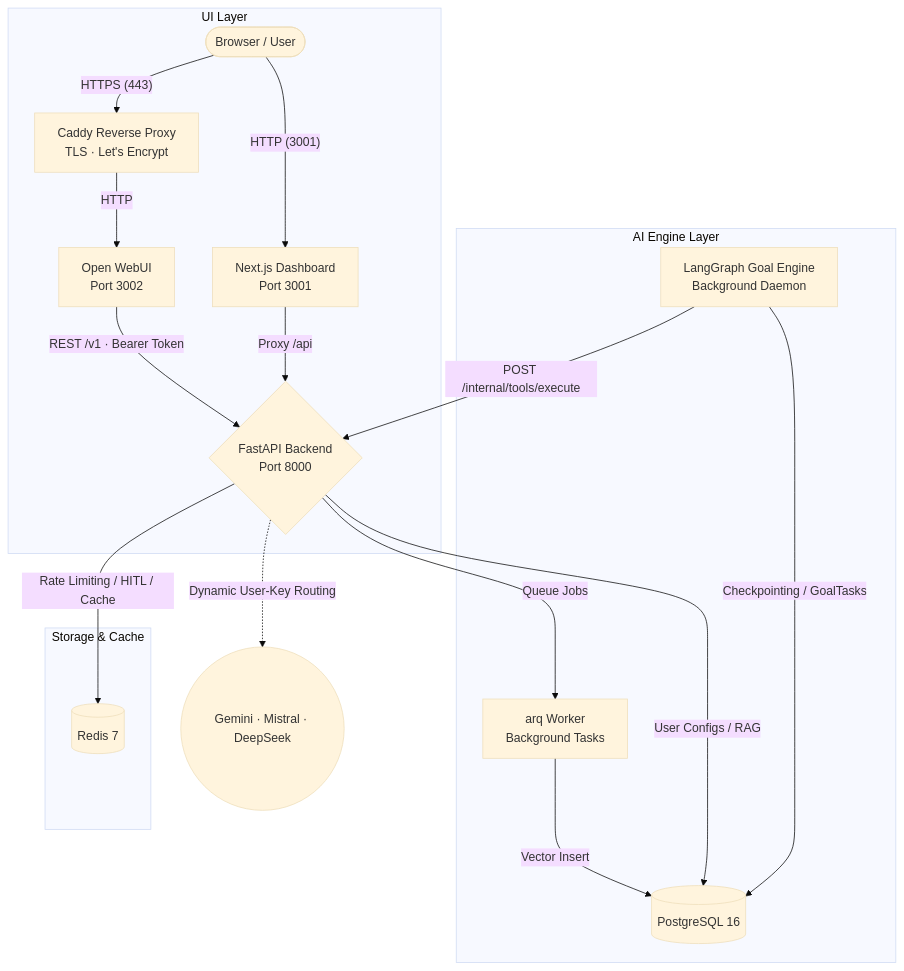
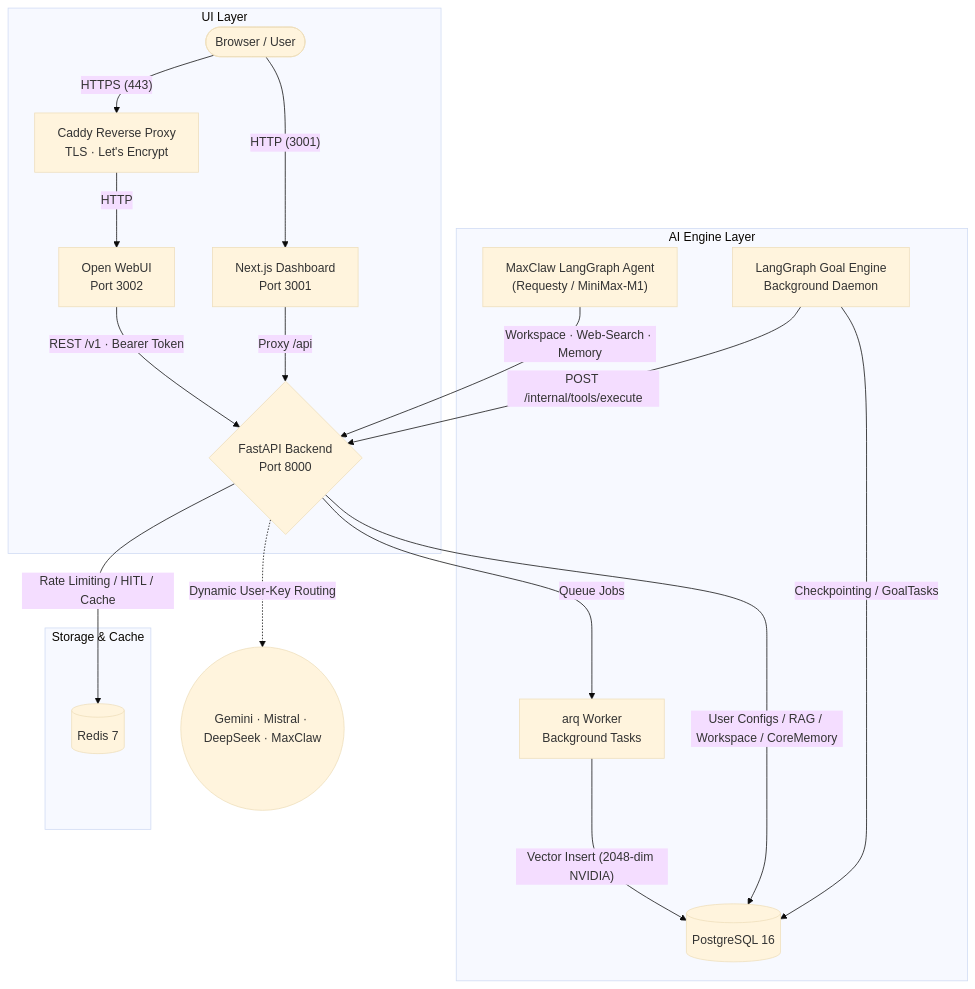
The diagram in README.md (Infinizius/Aiworkhorse), drawn with Mermaid (base theme) before and after one commit. The commit also changed other lines of this file and 1 other file, not shown here.

First line of the commit message:
docs: update README and ROADMAP to reflect Phase-3/4, NVIDIA embeddings, ~80 tests, DuckDuckGo fallback status

````diff
--- a/README.md
+++ b/README.md
@@ -49,25 +51,26 @@
 ```mermaid
 flowchart TD
     User([Browser / User]) -- "HTTPS (443)" --> Caddy["Caddy Reverse Proxy<br/>TLS · Let's Encrypt"]
 
     subgraph Frontend ["UI Layer"]
         Caddy -- "HTTP" --> WebUI["Open WebUI<br/>Port 3002"]
         User -- "HTTP (3001)" --> Dashboard["Next.js Dashboard<br/>Port 3001"]
         Dashboard -- "Proxy /api" --> API
     end
 
     subgraph Backend ["AI Engine Layer"]
         WebUI -- "REST /v1 · Bearer Token" --> API{"FastAPI Backend<br/>Port 8000"}
         API -- "Queue Jobs" --> Worker["arq Worker<br/>Background Tasks"]
         GoalEngine["LangGraph Goal Engine<br/>Background Daemon"] -- "POST /internal/tools/execute" --> API
         GoalEngine -- "Checkpointing / GoalTasks" --> Postgres
+        MaxClaw["MaxClaw LangGraph Agent<br/>(Requesty / MiniMax-M1)"] -- "Workspace · Web-Search · Memory" --> API
     end
 
     subgraph Data ["Storage & Cache"]
         API -- "Rate Limiting / HITL / Cache" --> Redis[(Redis 7)]
-        API -- "User Configs / RAG" --> Postgres[(PostgreSQL 16)]
-        Worker -- "Vector Insert" --> Postgres
+        API -- "User Configs / RAG / Workspace / CoreMemory" --> Postgres[(PostgreSQL 16)]
+        Worker -- "Vector Insert (2048-dim NVIDIA)" --> Postgres
     end
 
-    API -. "Dynamic User-Key Routing" .-> LLMs(("Gemini · Mistral · DeepSeek"))
+    API -. "Dynamic User-Key Routing" .-> LLMs(("Gemini · Mistral · DeepSeek · MaxClaw"))
 ```
````
